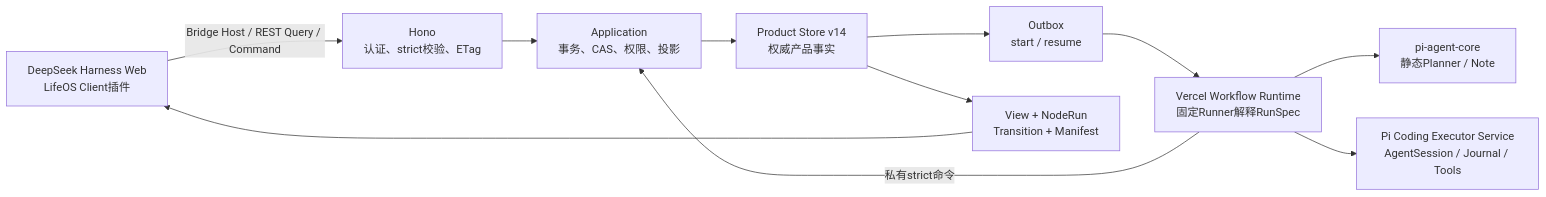
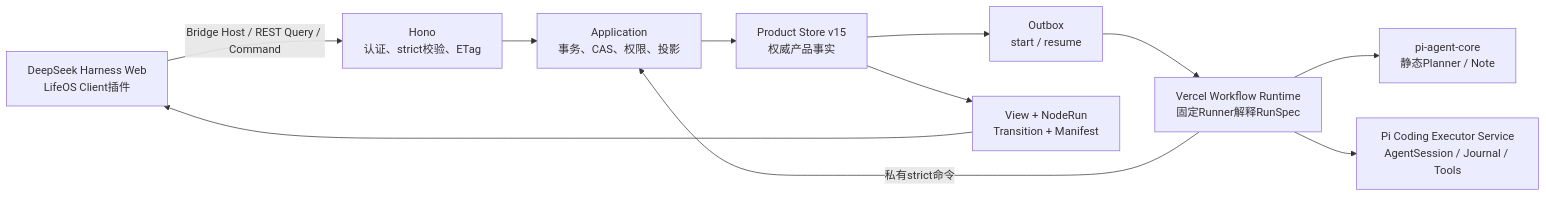
One commit to later-3/Chat changed the diagram in docs/architecture/configurable-workflow-as-built.md. Above: the diagram before and after it, drawn with Mermaid. The commit also changed other lines of this file and 37 other files, not shown here.

````diff
--- a/docs/architecture/configurable-workflow-as-built.md
+++ b/docs/architecture/configurable-workflow-as-built.md
@@ -29,13 +29,13 @@
 ```mermaid
 flowchart LR
   UI["DeepSeek Harness Web\nLifeOS Client插件"] -->|"Bridge Host / REST Query / Command"| API["Hono\n认证、strict校验、ETag"]
   API --> APP["Application\n事务、CAS、权限、投影"]
-  APP --> STORE["Product Store v14\n权威产品事实"]
+  APP --> STORE["Product Store v15\n权威产品事实"]
   STORE --> OUTBOX["Outbox\nstart / resume"]
   OUTBOX --> RUNTIME["Vercel Workflow Runtime\n固定Runner解释RunSpec"]
   RUNTIME -->|"私有strict命令"| APP
   RUNTIME --> PI["pi-agent-core\n静态Planner / Note"]
   RUNTIME --> EXECUTOR["Pi Coding Executor Service\nAgentSession / Journal / Tools"]
   STORE --> VIEW["View + NodeRun\nTransition + Manifest"]
   VIEW --> UI
 ```
````
